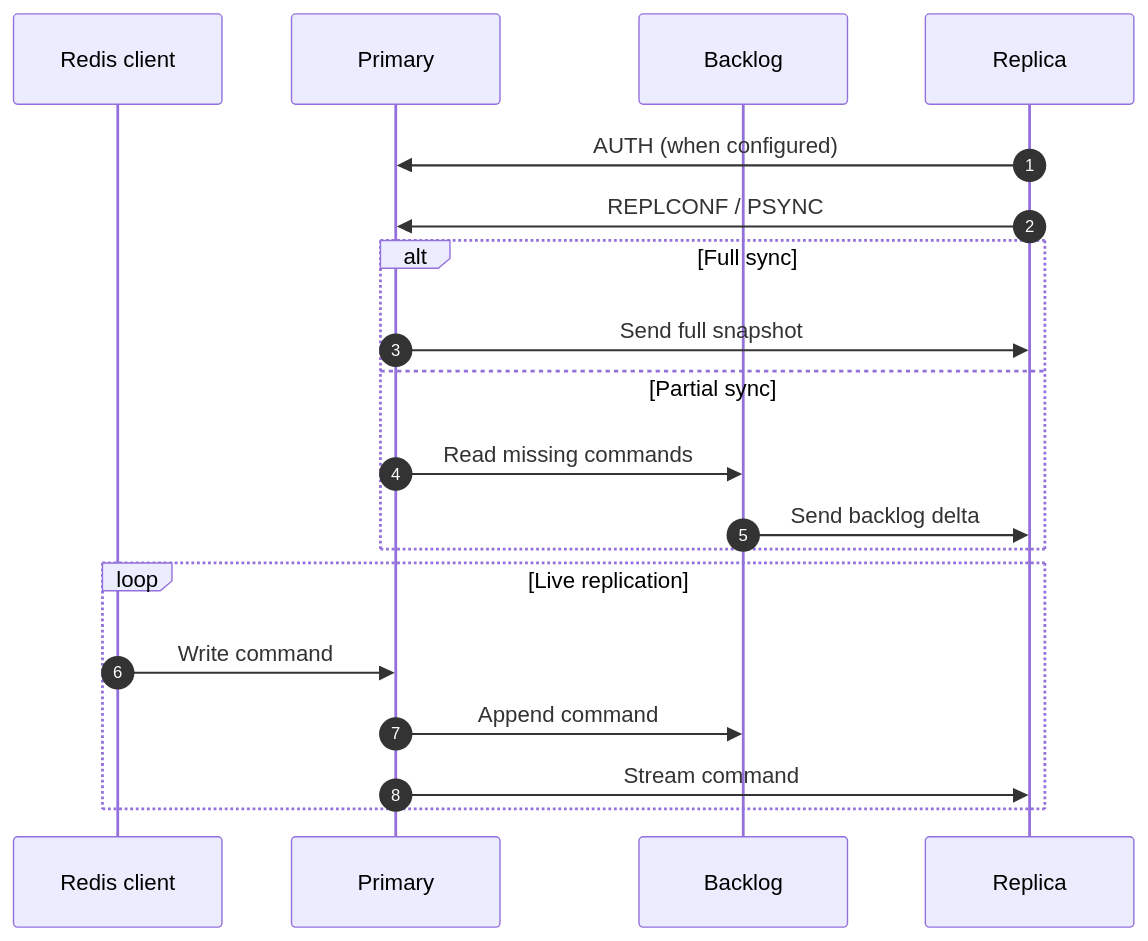
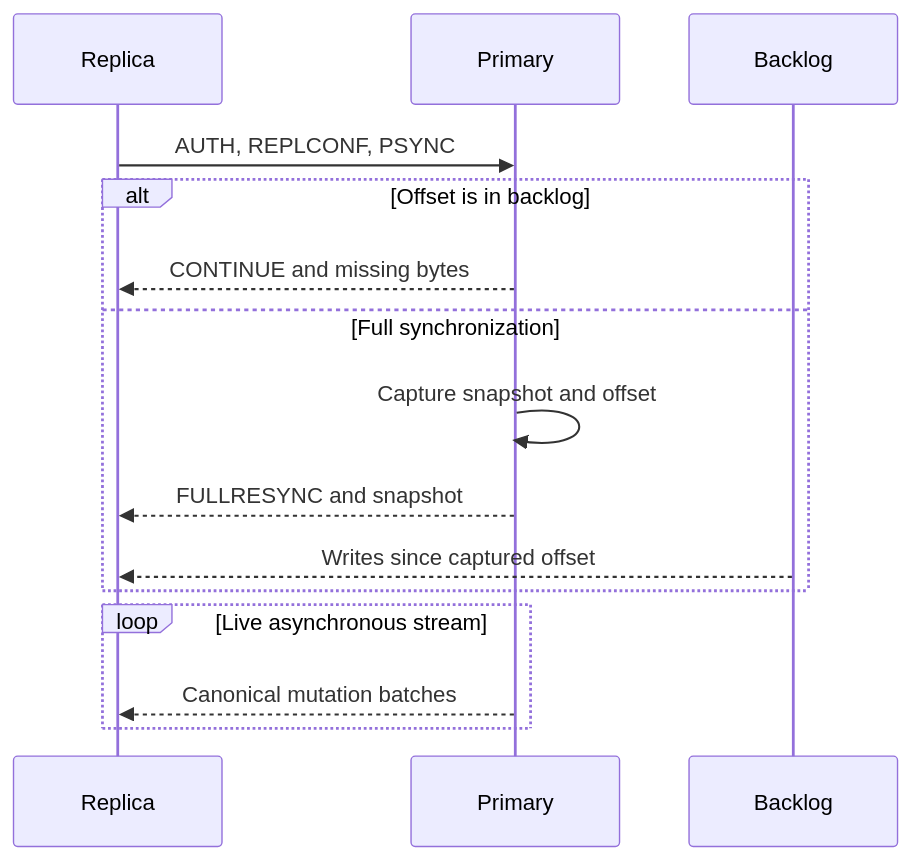
One commit to nolannguyen1212/memkv changed the fourth of 4 diagrams in README.md. Above: the diagram before and after it, drawn with Mermaid. The commit also changed other lines of this file, not shown here.

````diff
--- a/README.md
+++ b/README.md
@@ -115,22 +120,18 @@
 ```mermaid
 sequenceDiagram
-    autonumber
-    participant C as Redis client
+    participant R as Replica
     participant P as Primary
     participant B as Backlog
-    participant R as Replica
 
-    R->>P: AUTH (when configured)
-    R->>P: REPLCONF / PSYNC
-    alt Full sync
-        P->>R: Send full snapshot
-    else Partial sync
-        P->>B: Read missing commands
-        B->>R: Send backlog delta
+    R->>P: AUTH, REPLCONF, PSYNC
+    alt Offset is in backlog
+        P-->>R: CONTINUE and missing bytes
+    else Full synchronization
+        P->>P: Capture snapshot and offset
+        P-->>R: FULLRESYNC and snapshot
+        B-->>R: Writes since captured offset
     end
-    loop Live replication
-        C->>P: Write command
-        P->>B: Append command
-        P->>R: Stream command
+    loop Live asynchronous stream
+        P-->>R: Canonical mutation batches
     end
 ```
````
